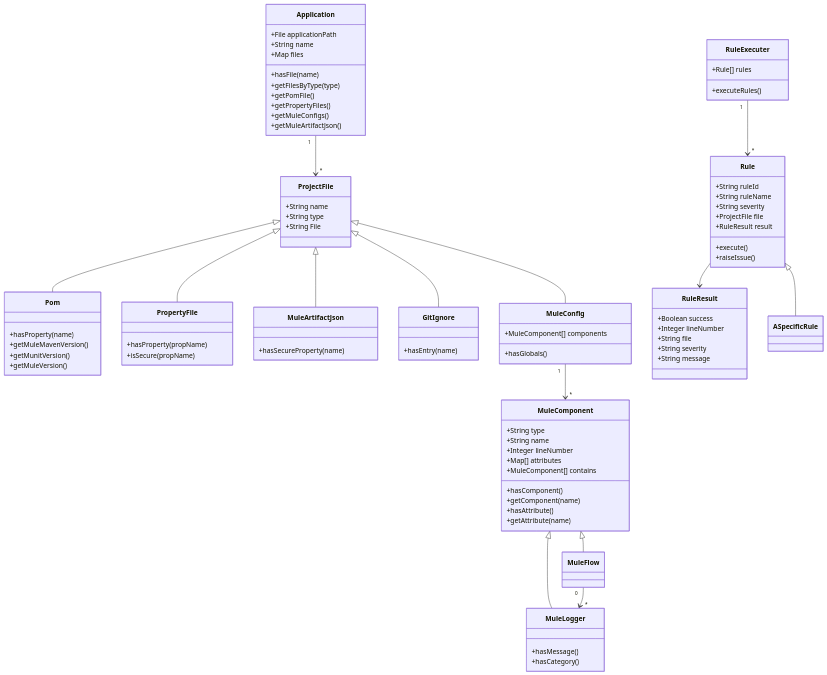
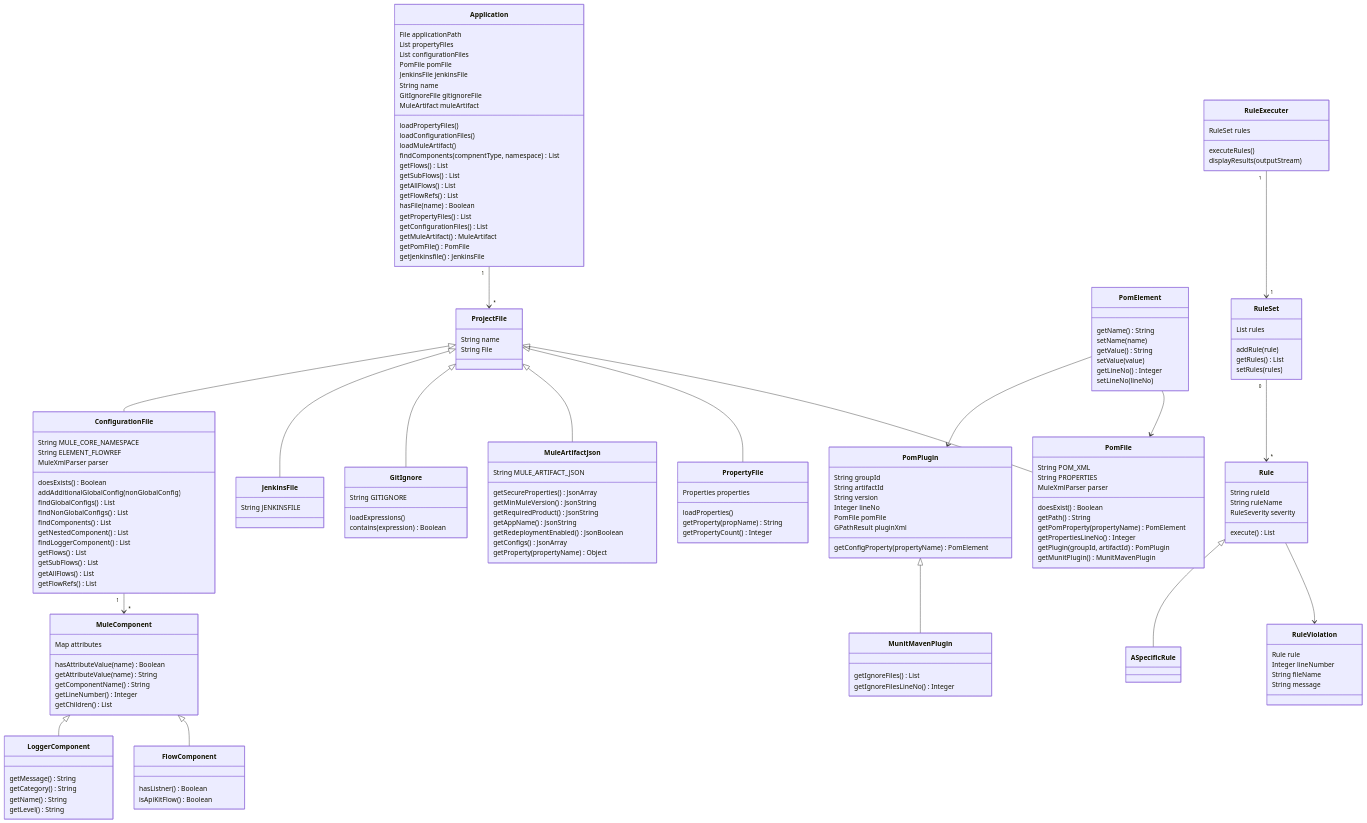
Before and after one commit to avioconsulting/mule-linter: the diagram in config/mermaid/mule-application-design.mmd, drawn with Mermaid. The commit also changed 53 other files, not shown here.

Commit message:
MIP-314 Updated diagram, refactored model file locations

```diff
--- a/config/mermaid/mule-application-design.mmd
+++ b/config/mermaid/mule-application-design.mmd
@@ -1,93 +1,170 @@
 classDiagram
 	class Application{
-        +File applicationPath
-        +String name
-        +Map<String, ProjectFile> files
-        +hasFile(name)
-        +getFilesByType(type)
-        +getPomFile()
-        +getPropertyFiles()
-        +getMuleConfigs()
-        +getMuleArtifactJson()
+        File applicationPath
+        List<PropertyFile> propertyFiles
+        List<ConfigurationFile> configurationFiles
+        PomFile pomFile
+        JenkinsFile jenkinsFile
+        String name
+        GitIgnoreFile gitignoreFile
+        MuleArtifact muleArtifact
+        loadPropertyFiles()
+        loadConfigurationFiles()
+        loadMuleArtifact()
+        findComponents(compnentType, namespace) List<MuleComponent>
+        getFlows() List<FlowComponent>
+        getSubFlows() List<FlowComponent>
+        getAllFlows() List<FlowComponent>
+        getFlowRefs() List<MuleComponent>
+        hasFile(name) Boolean
+        getPropertyFiles() List<PropertyFile>
+        getConfigurationFiles() List<ConfigurationFile>
+        getMuleArtifact() MuleArtifact
+        getPomFile() PomFile
+        getJenkinsfile() JenkinsFile
+
     }
     Application "1" --> "*" ProjectFile
     class ProjectFile{
-        +String name
-        +String type
-        +String File 
+        String name
+        String File
     }
-    ProjectFile <|-- Pom
-    class Pom {
-        +hasProperty(name)
-        +getMuleMavenVersion()
-        +getMunitVersion()
-        +getMuleVersion()
+    ProjectFile <|-- PomFile
+    class PomFile {
+		String POM_XML
+		String PROPERTIES
+		MuleXmlParser parser
+		doesExist() Boolean
+		getPath() String
+		getPomProperty(propertyName) PomElement
+		getPropertiesLineNo() Integer
+		getPlugin(groupId, artifactId) PomPlugin
+		getMunitPlugin() MunitMavenPlugin
     }
     ProjectFile <|-- PropertyFile
     class PropertyFile {
-        +hasProperty(propName)
-        +isSecure(propName)
+        Properties properties
+        loadProperties()
+        getProperty(propName) String
+        getPropertyCount() Integer
     }
     ProjectFile <|-- MuleArtifactJson
     class MuleArtifactJson {
-        +hasSecureProperty(name)
+		String MULE_ARTIFACT_JSON
+		getSecureProperties() JsonArray
+		getMinMuleVersion() JsonString
+		getRequiredProduct() JsonString
+		getAppName() JsonString
+		getRedeploymentEnabled() JsonBoolean
+		getConfigs() JsonArray
+		getProperty(propertyName) Object
     }
     ProjectFile <|-- GitIgnore
     class GitIgnore {
-        +hasEntry(name)
+		String GITIGNORE
+		loadExpressions()
+        contains(expression) Boolean
+    }
+    ProjectFile <|-- JenkinsFile
+    class JenkinsFile {
+		String JENKINSFILE
+	}
+
+    ProjectFile <|-- ConfigurationFile
+    class ConfigurationFile{
+		String MULE_CORE_NAMESPACE
+		String ELEMENT_FLOWREF
+		MuleXmlParser parser
+		doesExists() Boolean
+		addAdditionalGlobalConfig(nonGlobalConfig)
+		findGlobalConfigs() List<MuleComponent>
+		findNonGlobalConfigs() List<MuleComponent>
+		findComponents() List<MuleComponent>
+		getNestedComponent() List<MuleComponent>
+		findLoggerComponent() List<LoggerComponent>
+        getFlows() List<FlowComponent>
+        getSubFlows() List<FlowComponent>
+        getAllFlows() List<FlowComponent>
+        getFlowRefs() List<MuleComponent>
     }
 
-    ProjectFile <|-- MuleConfig
-    class MuleConfig{
-        +MuleComponent[] components
-        +hasGlobals()
+    ConfigurationFile "1" --> "*" MuleComponent
+    class MuleComponent{
+        Map<String, String> attributes
+        hasAttributeValue(name) Boolean
+        getAttributeValue(name) String
+        getComponentName() String
+        getLineNumber() Integer
+        getChildren() List<MuleComponent>
+    }
+    MuleComponent <|-- FlowComponent
+    class FlowComponent{
+		hasListner() Boolean
+		isApiKitFlow() Boolean
+    }
+    MuleComponent <|-- LoggerComponent
+    class LoggerComponent{
+        getMessage() String
+        getCategory() String
+        getName() String
+        getLevel() String
+    }
+    PomPlugin <|-- MunitMavenPlugin
+    class MunitMavenPlugin {
+		getIgnoreFiles() List<String>
+		getIgnoreFilesLineNo() Integer
+    }
+	class PomPlugin {
+		String groupId
+		String artifactId
+		String version
+		Integer lineNo
+		PomFile pomFile
+		GPathResult pluginXml
+		getConfigProperty(propertyName) PomElement
+
+	}
+	PomElement --> PomFile
+    PomElement --> PomPlugin
+	class PomElement {
+		getName() String
+		setName(name)
+		getValue() String
+		setValue(value)
+		getLineNo() Integer
+		setLineNo(lineNo)
+	}
+
+
+
+    class RuleExecuter {
+        RuleSet rules
+        executeRules()
+        displayResults(outputStream)
     }
 
-    MuleConfig "1" --> "*" MuleComponent
-    class MuleComponent{
-        +String type
-        +String name
-        +Integer lineNumber
-        +Map[] attributes
-        +MuleComponent[] contains
-        +hasComponent()
-        +getComponent(name)
-        +hasAttribute()
-        +getAttribute(name)
+    RuleExecuter "1" --> "1" RuleSet
+    class RuleSet {
+		List<Rule> rules
+		addRule(rule)
+		getRules() List<Rule>
+		setRules(rules)
     }
-    MuleComponent <|-- MuleFlow
-    class MuleFlow{
-        
+    RuleSet "0" --> "*" Rule
+    class Rule{
+        String ruleId
+        String ruleName
+        RuleSeverity severity
+        execute() List<RuleViolation>
     }
-    MuleComponent <|-- MuleLogger
-    class MuleLogger{
-        +hasMessage()
-        +hasCategory()
-    }
-	MuleFlow "0" --> "*" MuleLogger
-    class RuleExecuter {
-        +Rule[] rules
-        +executeRules()
-    }
-    RuleExecuter "1" --> "*" Rule
-    class Rule{
-        +String ruleId
-        +String ruleName
-        +String severity
-        +ProjectFile file
-        +RuleResult result
-        +execute()
-        +raiseIssue()
-    }
-    Rule --> RuleResult
-    class RuleResult{
-        +Boolean success
-        +Integer lineNumber
-        +String file
-        +String severity
-        +String message
+    Rule --> RuleViolation
+    class RuleViolation{
+        Rule rule
+        Integer lineNumber
+        String fileName
+        String message
     }
     Rule <|-- ASpecificRule
     class ASpecificRule {
 
     }
```
